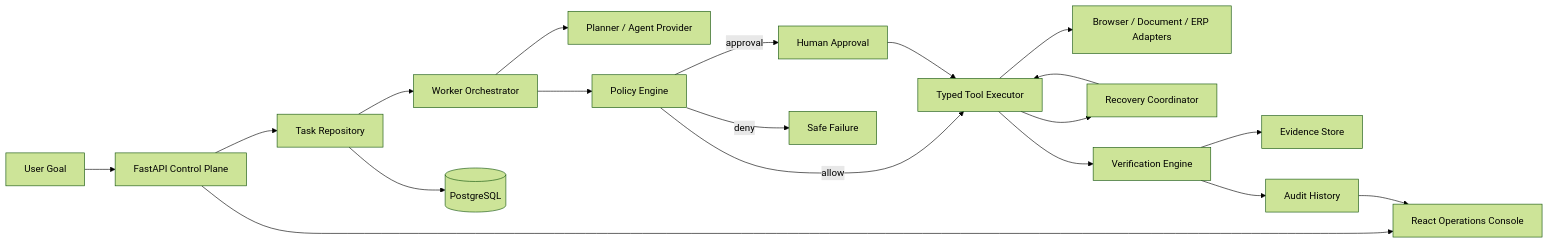
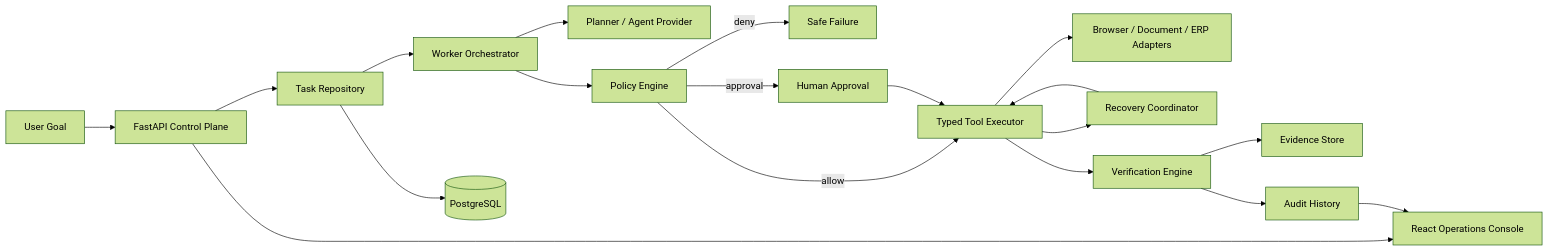
One commit to Eshablink/AutoWorker changed the diagram in README.md. Above: the diagram before and after it, drawn with Mermaid (forest theme). The commit also changed other lines of this file, not shown here.

```diff
--- a/README.md
+++ b/README.md
@@ -81,25 +101,26 @@
 ~~~mermaid
 flowchart LR
     U[User Goal] --> API[FastAPI Control Plane]
     API --> R[Task Repository]
     API --> W[React Operations Console]
 
     R --> O[Worker Orchestrator]
     O --> P[Planner / Agent Provider]
     O --> S[Policy Engine]
+
+    S -->|deny| F[Safe Failure]
+    S -->|approval| H[Human Approval]
     S -->|allow| X[Typed Tool Executor]
-    S -->|approval| H[Human Approval]
-    S -->|deny| F[Safe Failure]
 
     H --> X
     X --> B[Browser / Document / ERP Adapters]
     X --> RC[Recovery Coordinator]
     RC --> X
 
     X --> V[Verification Engine]
     V --> E[Evidence Store]
     V --> A[Audit History]
     A --> W
 
     R --> DB[(PostgreSQL)]
 ~~~
```
